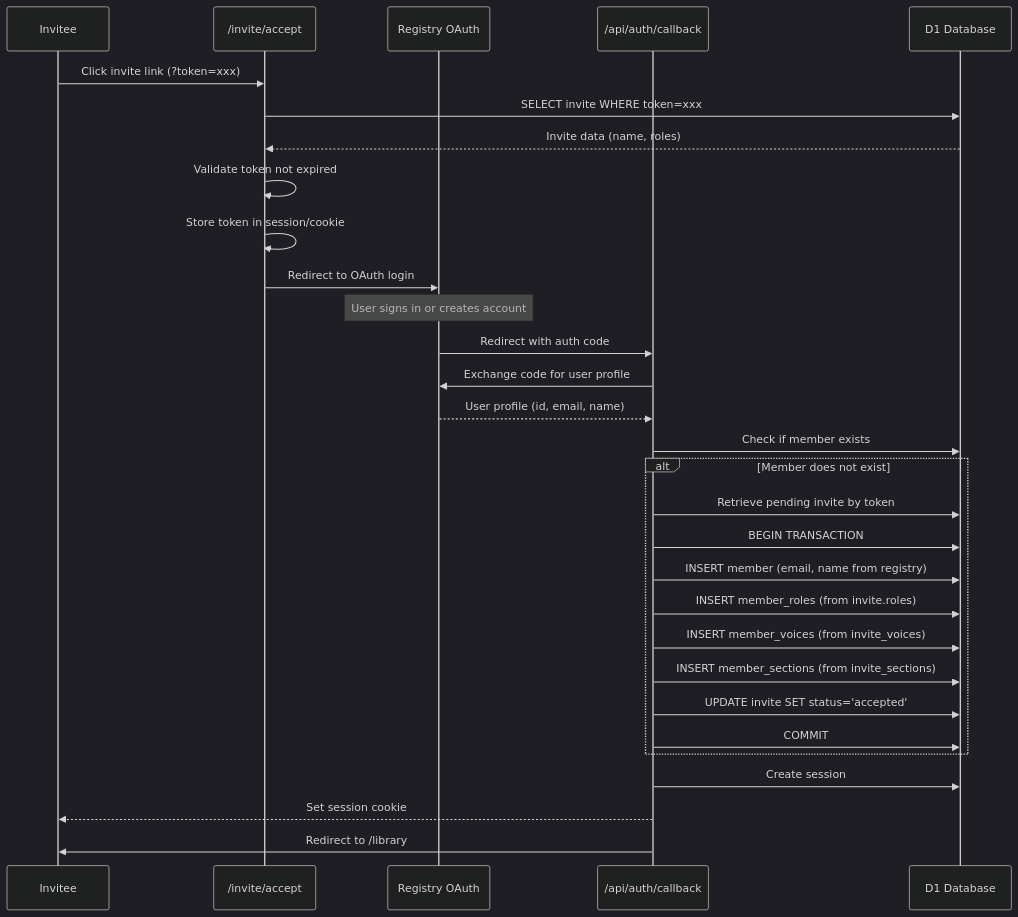
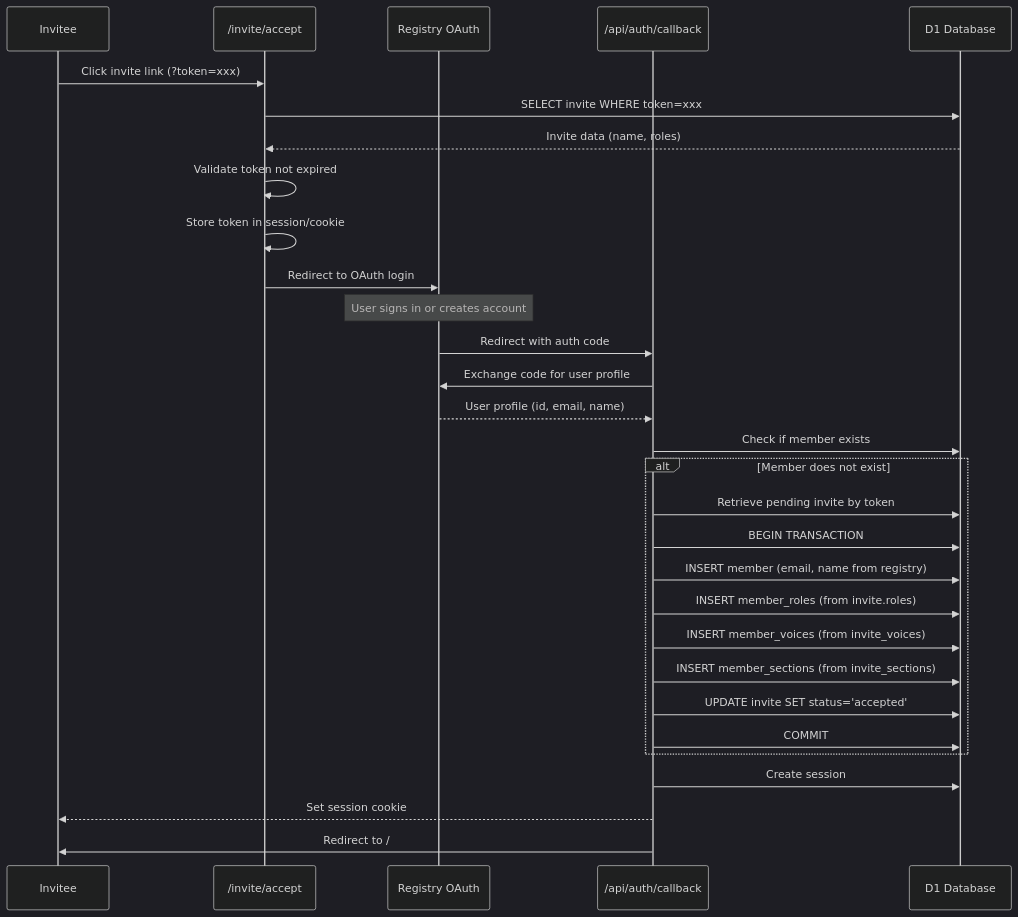
Before and after one commit to mitselek/polyphony: the second of 2 diagrams in apps/vault/docs/invitation-flow.md, drawn with Mermaid (dark theme). The commit also changed other lines of this file and 3 other files, not shown here.

Commit message:
fix(vault): redirect to / after auth, fix broken /library links

````diff
--- a/apps/vault/docs/invitation-flow.md
+++ b/apps/vault/docs/invitation-flow.md
@@ -122,33 +122,33 @@
 ```mermaid
 sequenceDiagram
     participant Invitee
     participant Accept as /invite/accept
     participant Registry as Registry OAuth
     participant Callback as /api/auth/callback
     participant DB as D1 Database
 
     Invitee->>Accept: Click invite link (?token=xxx)
     Accept->>DB: SELECT invite WHERE token=xxx
     DB-->>Accept: Invite data (name, roles)
     Accept->>Accept: Validate token not expired
     Accept->>Accept: Store token in session/cookie
     Accept->>Registry: Redirect to OAuth login
     Note over Registry: User signs in or creates account
     Registry->>Callback: Redirect with auth code
     Callback->>Registry: Exchange code for user profile
     Registry-->>Callback: User profile (id, email, name)
     Callback->>DB: Check if member exists
     alt Member does not exist
         Callback->>DB: Retrieve pending invite by token
         Callback->>DB: BEGIN TRANSACTION
         Callback->>DB: INSERT member (email, name from registry)
         Callback->>DB: INSERT member_roles (from invite.roles)
         Callback->>DB: INSERT member_voices (from invite_voices)
         Callback->>DB: INSERT member_sections (from invite_sections)
         Callback->>DB: UPDATE invite SET status='accepted'
         Callback->>DB: COMMIT
     end
     Callback->>DB: Create session
     Callback-->>Invitee: Set session cookie
-    Callback->>Invitee: Redirect to /library
+    Callback->>Invitee: Redirect to /
 ```
````
